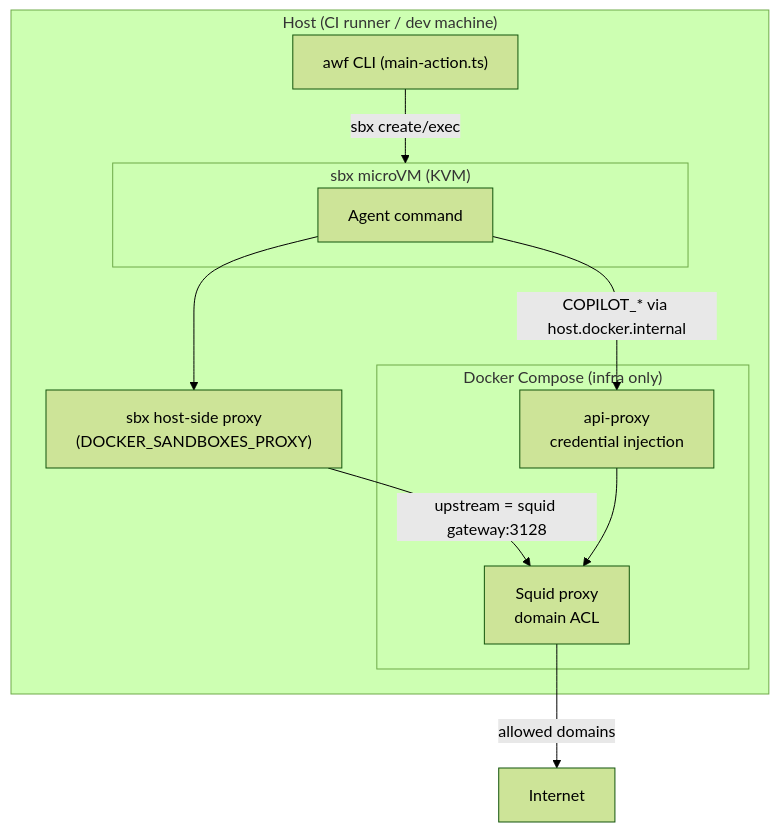
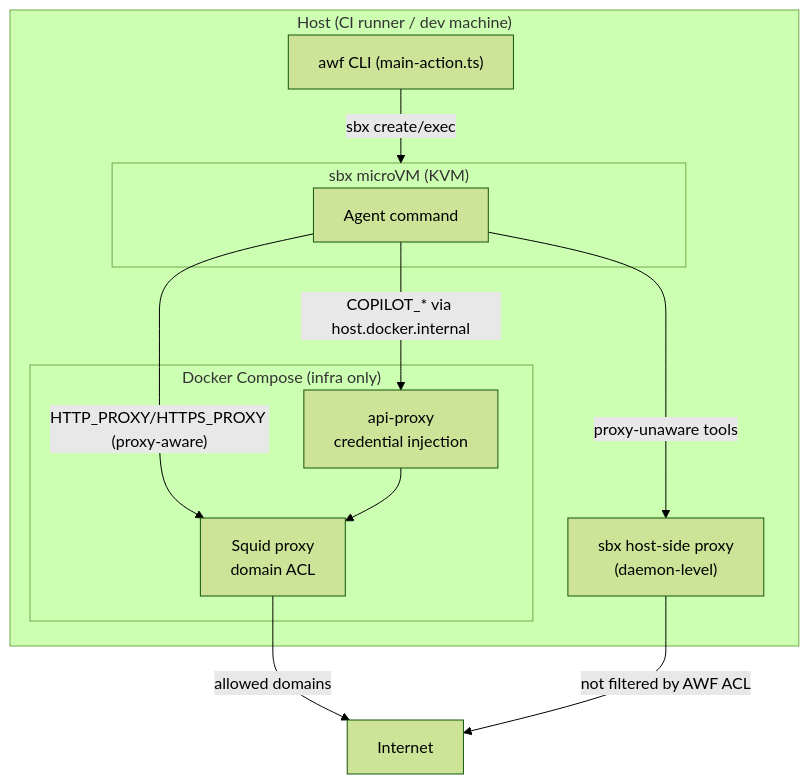
Before and after one commit to github/gh-aw-firewall: the diagram in docs/sbx-integration.md, drawn with Mermaid (forest theme). The commit also changed other lines of this file, not shown here.

Commit message:
docs: correct DOCKER_SANDBOXES_PROXY claim in sbx-integration.md

````diff
--- a/docs/sbx-integration.md
+++ b/docs/sbx-integration.md
@@ -203,20 +207,21 @@
 ```mermaid
 flowchart TB
   subgraph host["Host (CI runner / dev machine)"]
     cli["awf CLI (main-action.ts)"]
-    sbxproxy["sbx host-side proxy<br/>(DOCKER_SANDBOXES_PROXY)"]
+    sbxproxy["sbx host-side proxy<br/>(daemon-level)"]
     subgraph compose["Docker Compose (infra only)"]
       squid["Squid proxy<br/>domain ACL"]
       apiproxy["api-proxy<br/>credential injection"]
     end
     subgraph vm["sbx microVM (KVM)"]
       agent["Agent command"]
     end
   end
   cli -->|sbx create/exec| vm
-  agent --> sbxproxy
-  sbxproxy -->|upstream = squid gateway:3128| squid
+  agent -->|"HTTP_PROXY/HTTPS_PROXY (proxy-aware)"| squid
+  agent -->|proxy-unaware tools| sbxproxy
   agent -->|COPILOT_* via host.docker.internal| apiproxy
   apiproxy --> squid
   squid -->|allowed domains| internet["Internet"]
+  sbxproxy -->|not filtered by AWF ACL| internet
 ```
````
